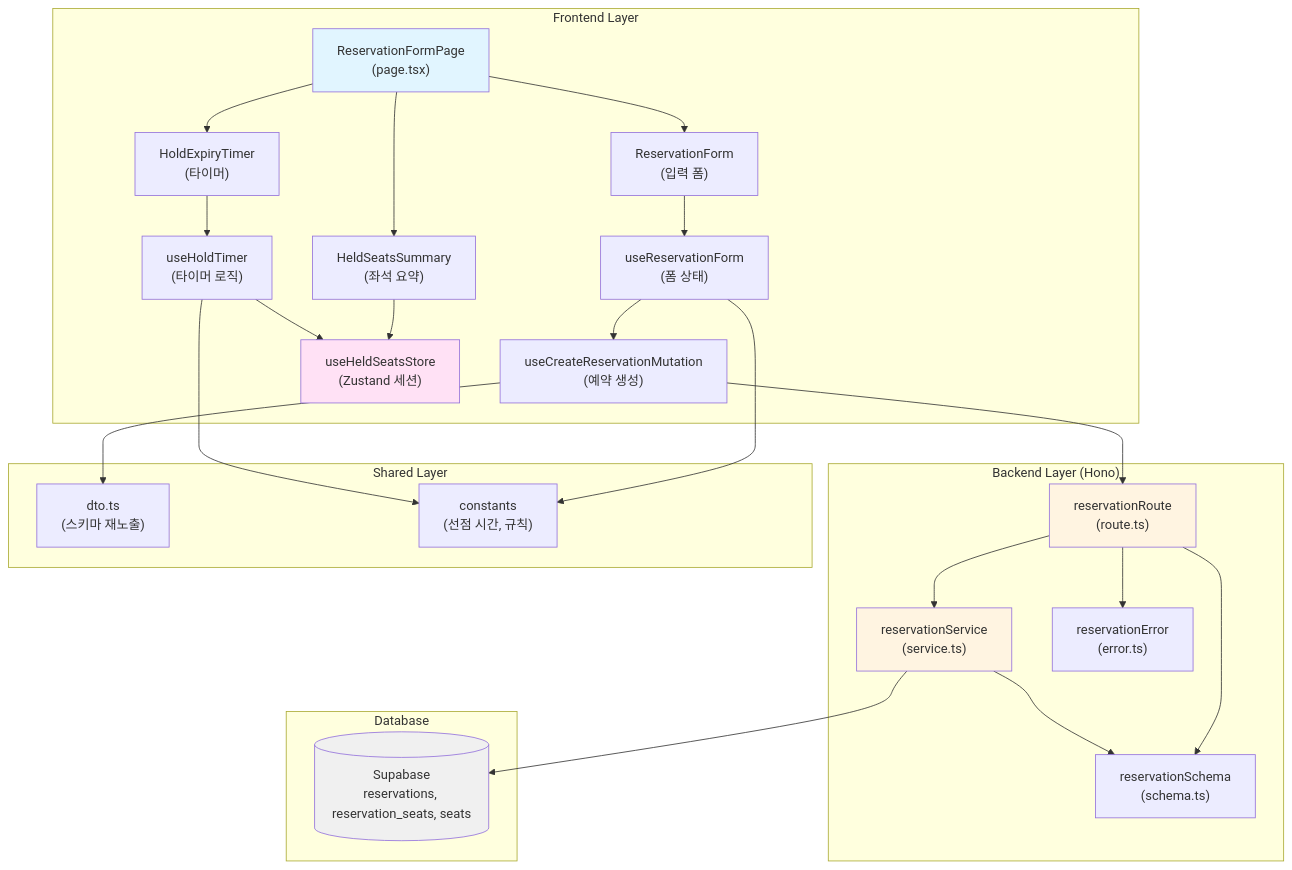
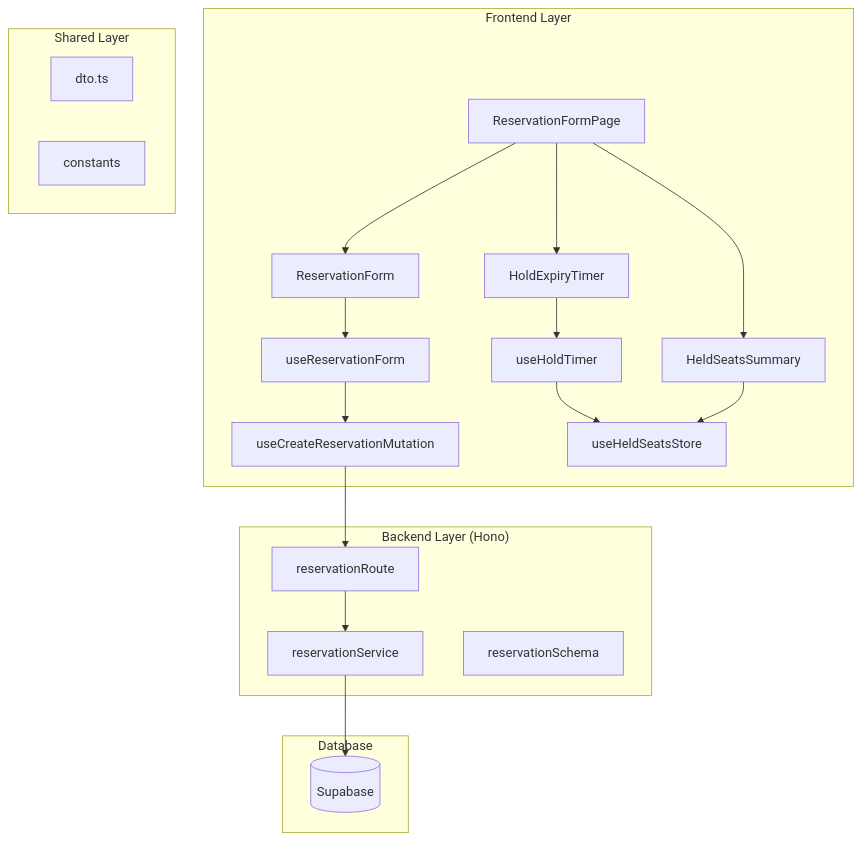
One commit to dasanworld/ConcertReserve changed the diagram in docs/pages/reservation-form/plan.md. Above: the diagram before and after it, drawn with Mermaid. The commit also changed other lines of this file and 3 other files, not shown here.

First line of the commit message:
docs: update concert detail and reservation form plans for clarity and conciseness

````diff
--- a/docs/pages/reservation-form/plan.md
+++ b/docs/pages/reservation-form/plan.md
@@ -30,61 +29,40 @@
 ```mermaid
 graph TB
     subgraph Frontend["Frontend Layer"]
-        PageRoute["ReservationFormPage<br/>(page.tsx)"]
-        HoldExpiryTimer["HoldExpiryTimer<br/>(타이머)"]
-        HeldSeatsSummary["HeldSeatsSummary<br/>(좌석 요약)"]
-        ReservationForm["ReservationForm<br/>(입력 폼)"]
+        PageRoute["ReservationFormPage"]
+        HoldExpiryTimer["HoldExpiryTimer"]
+        HeldSeatsSummary["HeldSeatsSummary"]
+        ReservationForm["ReservationForm"]
         
-        useReservationForm["useReservationForm<br/>(폼 상태)"]
-        useCreateReservationMutation["useCreateReservationMutation<br/>(예약 생성)"]
-        useHoldTimer["useHoldTimer<br/>(타이머 로직)"]
-        useHeldSeatsStore["useHeldSeatsStore<br/>(Zustand 세션)"]
+        useReservationForm["useReservationForm"]
+        useCreateReservationMutation["useCreateReservationMutation"]
+        useHoldTimer["useHoldTimer"]
+        useHeldSeatsStore["useHeldSeatsStore"]
     end
     
     subgraph Backend["Backend Layer (Hono)"]
-        Route["reservationRoute<br/>(route.ts)"]
-        Service["reservationService<br/>(service.ts)"]
-        Schema["reservationSchema<br/>(schema.ts)"]
-        Error["reservationError<br/>(error.ts)"]
+        Route["reservationRoute"]
+        Service["reservationService"]
+        Schema["reservationSchema"]
     end
     
     subgraph Shared["Shared Layer"]
-        DTO["dto.ts<br/>(스키마 재노출)"]
-        Constants["constants<br/>(선점 시간, 규칙)"]
+        DTO["dto.ts"]
+        Constants["constants"]
     end
     
     subgraph Database["Database"]
-        DB[(Supabase<br/>reservations, reservation_seats, seats)]
+        DB[(Supabase)]
     end
     
-    PageRoute --> HoldExpiryTimer
-    PageRoute --> HeldSeatsSummary
-    PageRoute --> ReservationForm
-    
+    PageRoute --> HoldExpiryTimer & HeldSeatsSummary & ReservationForm
+    ReservationForm --> useReservationForm
     HoldExpiryTimer --> useHoldTimer
-    HeldSeatsSummary --> useHeldSeatsStore
-    ReservationForm --> useReservationForm
     
     useReservationForm --> useCreateReservationMutation
+    useCreateReservationMutation --> Route
+    Route --> Service --> DB
+    
     useHoldTimer --> useHeldSeatsStore
-    
-    useCreateReservationMutation --> Route
-    
-    Route --> Service
-    Route --> Schema
-    Route --> Error
-    
-    Service --> DB
-    Service --> Schema
-    
-    useCreateReservationMutation --> DTO
-    
-    useReservationForm --> Constants
-    useHoldTimer --> Constants
-    
-    style PageRoute fill:#e1f5ff
-    style Route fill:#fff4e1
-    style Service fill:#fff4e1
-    style DB fill:#f0f0f0
-    style useHeldSeatsStore fill:#ffe1f5
+    HeldSeatsSummary --> useHeldSeatsStore
 ```
````
